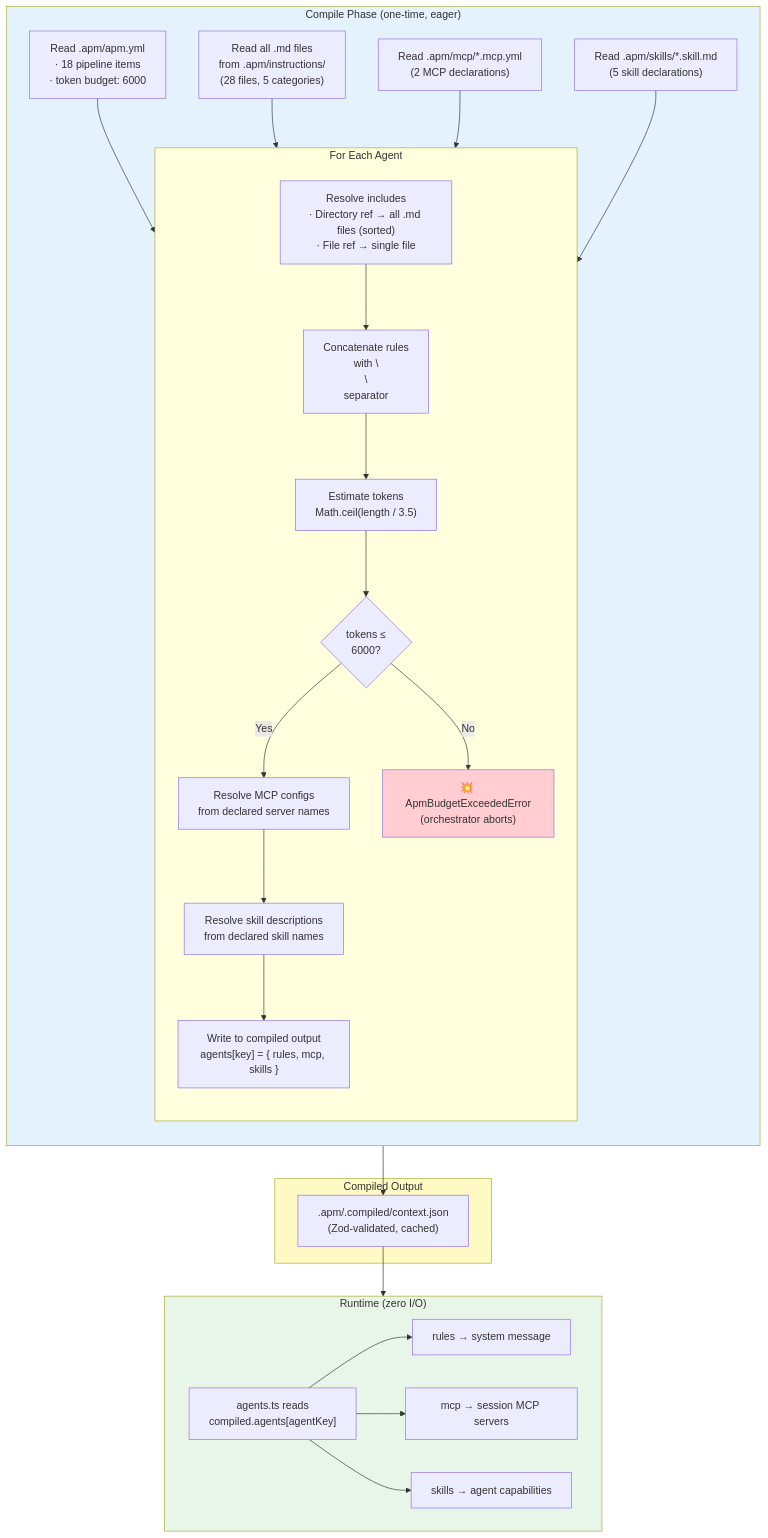
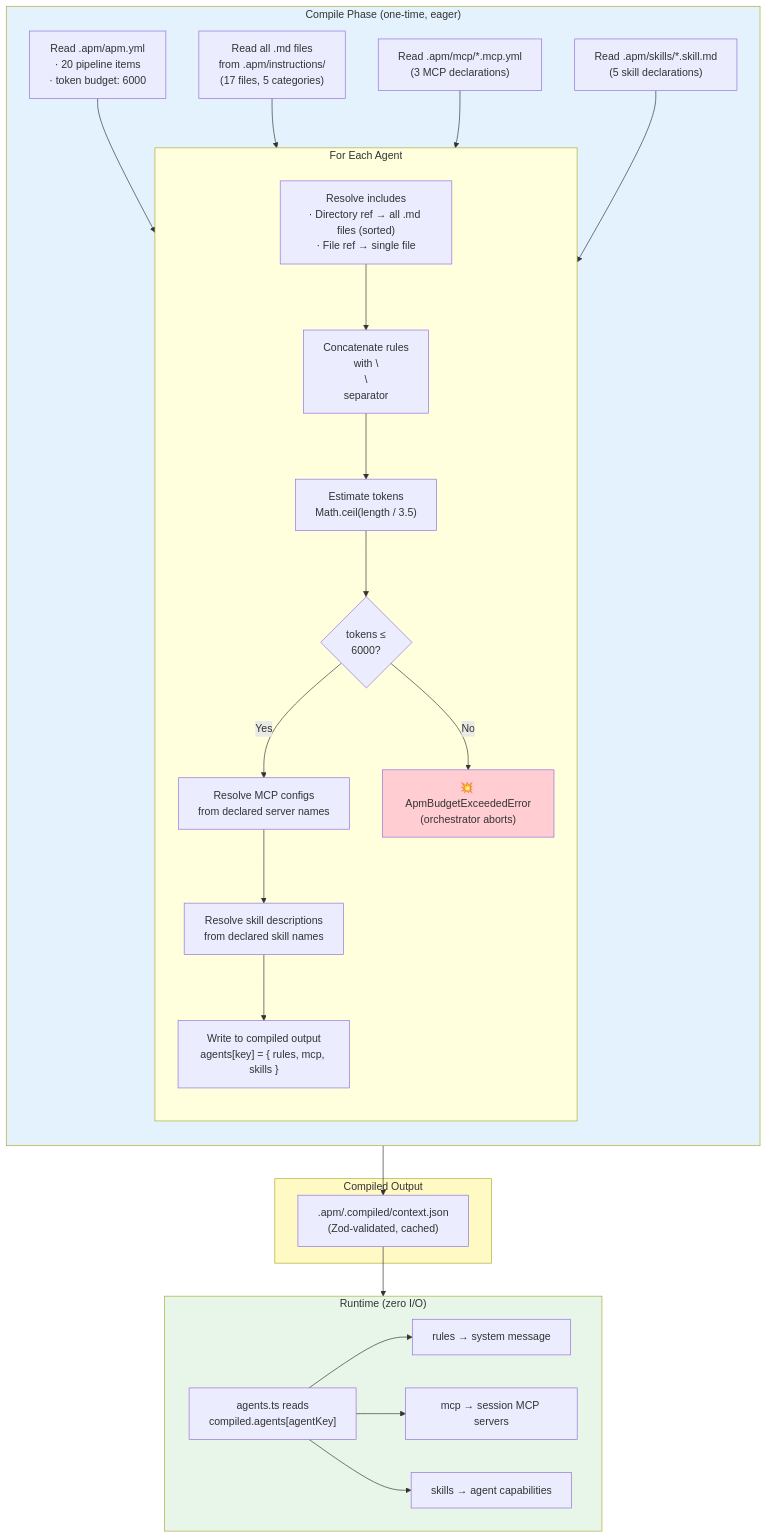
One commit to RomanKaliupinMelonusa/DAGent-t changed the first of 6 diagrams in tools/autonomous-factory/docs/03-apm-context.md. Above: the diagram before and after it, drawn with Mermaid. The commit also changed other lines of this file and 37 other files, not shown here.

````diff
--- a/tools/autonomous-factory/docs/03-apm-context.md
+++ b/tools/autonomous-factory/docs/03-apm-context.md
@@ -11,47 +11,47 @@
 ```mermaid
 flowchart TD
     subgraph COMPILE["Compile Phase (one-time, eager)"]
         direction TB
-        M["Read .apm/apm.yml\n· 18 pipeline items\n· token budget: 6000"]
-        R["Read all .md files\nfrom .apm/instructions/\n(28 files, 5 categories)"]
-        MCP["Read .apm/mcp/*.mcp.yml\n(2 MCP declarations)"]
+        M["Read .apm/apm.yml\n· 20 pipeline items\n· token budget: 6000"]
+        R["Read all .md files\nfrom .apm/instructions/\n(17 files, 5 categories)"]
+        MCP["Read .apm/mcp/*.mcp.yml\n(3 MCP declarations)"]
         SK["Read .apm/skills/*.skill.md\n(5 skill declarations)"]
         M --> FOR
 
         subgraph FOR["For Each Agent"]
             direction TB
             INC["Resolve includes\n· Directory ref → all .md files (sorted)\n· File ref → single file"]
             CAT["Concatenate rules\nwith \\n\\n separator"]
             TOK["Estimate tokens\nMath.ceil(length / 3.5)"]
             VAL{"tokens ≤\n6000?"}
             MCPR["Resolve MCP configs\nfrom declared server names"]
             SKR["Resolve skill descriptions\nfrom declared skill names"]
             CACHE["Write to compiled output\nagents[key] = { rules, mcp, skills }"]
             INC --> CAT --> TOK --> VAL
             VAL -->|"Yes"| MCPR --> SKR --> CACHE
             VAL -->|"No"| FATAL["💥 ApmBudgetExceededError\n(orchestrator aborts)"]
         end
     end
 
     subgraph OUTPUT["Compiled Output"]
         JSON[".apm/.compiled/context.json\n(Zod-validated, cached)"]
     end
 
     subgraph RUNTIME["Runtime (zero I/O)"]
         REQ["agents.ts reads\ncompiled.agents[agentKey]"]
         RULES["rules → system message"]
         MCPRT["mcp → session MCP servers"]
         SKILLS["skills → agent capabilities"]
         REQ --> RULES & MCPRT & SKILLS
     end
 
     R --> FOR
     MCP --> FOR
     SK --> FOR
     CACHE --> JSON --> RUNTIME
 
     style COMPILE fill:#e3f2fd
     style OUTPUT fill:#fff9c4
     style RUNTIME fill:#e8f5e9
     style FATAL fill:#ffcdd2
 ```
````
